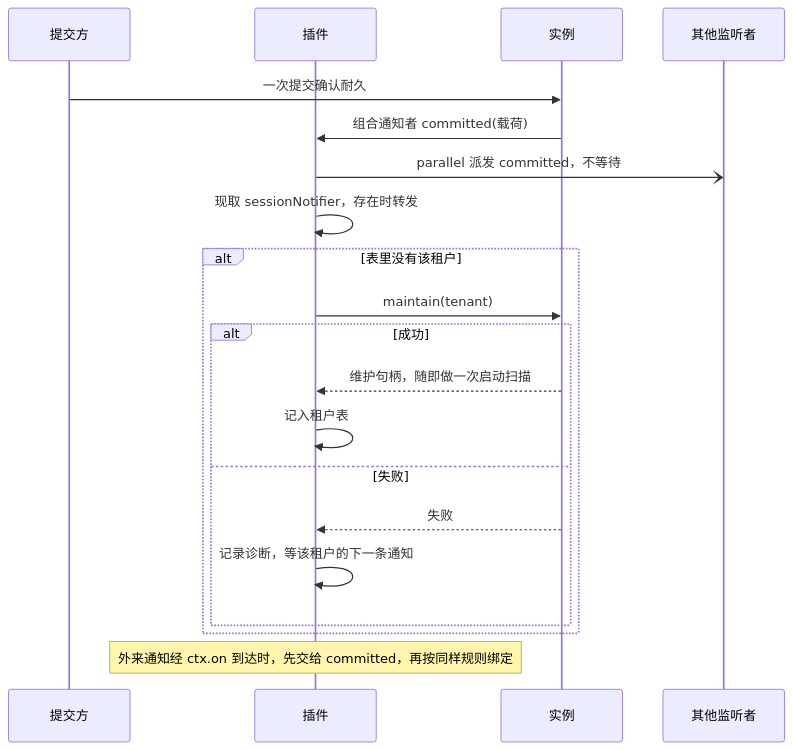
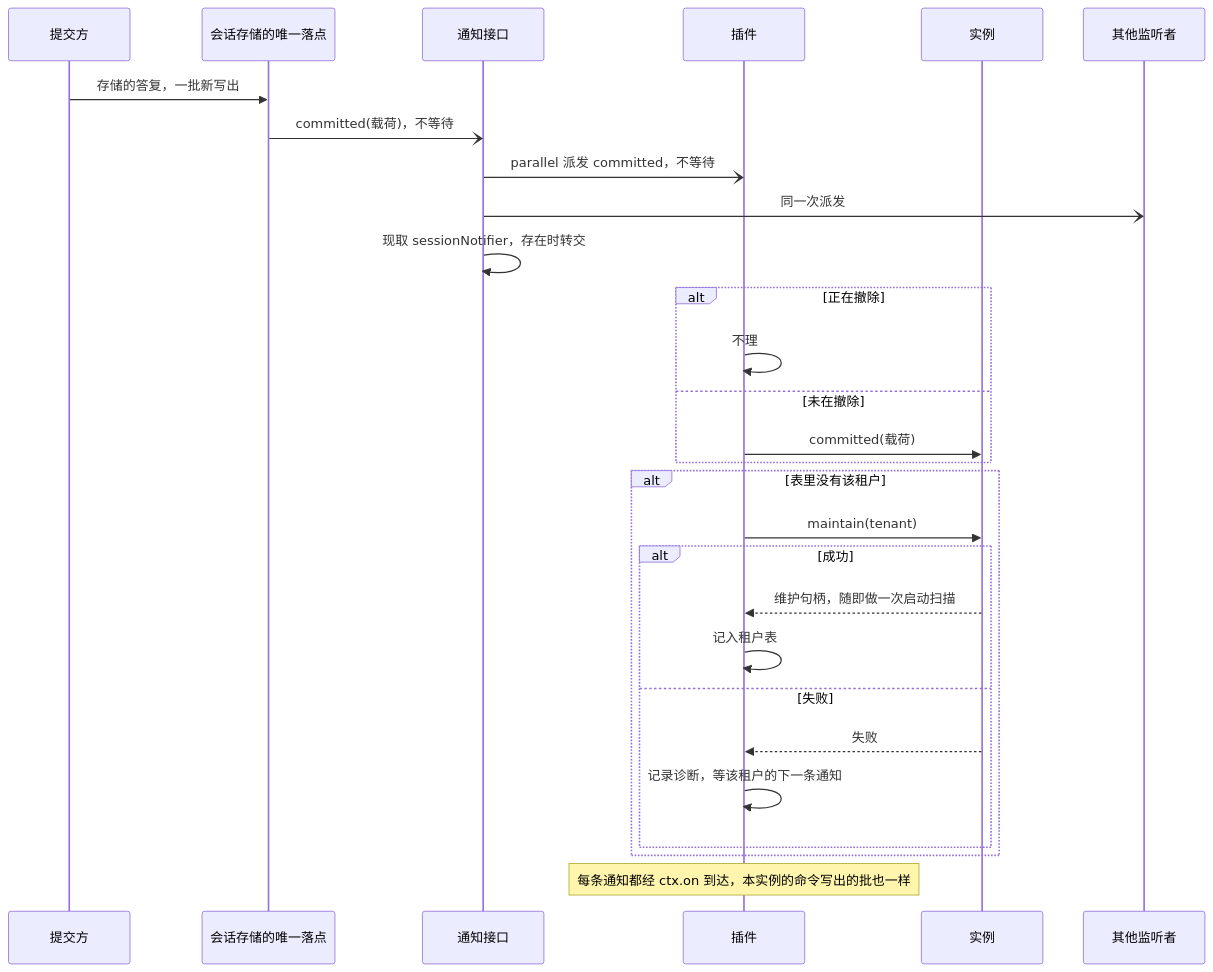
Before and after one commit to nemori-ai/omne-harness-lite: the fourth of 4 diagrams in packages/session/session-cordis/docs/flows.md, drawn with Mermaid. The commit also changed other lines of this file and 36 other files, not shown here.

````diff
--- a/packages/session/session-cordis/docs/flows.md
+++ b/packages/session/session-cordis/docs/flows.md
@@ -129,22 +129,30 @@
 ```mermaid
 sequenceDiagram
   participant X as 提交方
+  participant W as 会话存储的唯一落点
+  participant N as 通知接口
   participant F as 插件
   participant I as 实例
   participant B as 其他监听者
-  X->>I: 一次提交确认耐久
-  I->>F: 组合通知者 committed(载荷)
-  F-)B: parallel 派发 committed，不等待
-  F->>F: 现取 sessionNotifier，存在时转发
+  X->>W: 存储的答复，一批新写出
+  W-)N: committed(载荷)，不等待
+  N-)F: parallel 派发 committed，不等待
+  N-)B: 同一次派发
+  N->>N: 现取 sessionNotifier，存在时转交
+  alt 正在撤除
+    F->>F: 不理
+  else 未在撤除
+    F->>I: committed(载荷)
+  end
   alt 表里没有该租户
     F->>I: maintain(tenant)
     alt 成功
       I-->>F: 维护句柄，随即做一次启动扫描
       F->>F: 记入租户表
     else 失败
       I-->>F: 失败
       F->>F: 记录诊断，等该租户的下一条通知
     end
   end
-  Note over F: 外来通知经 ctx.on 到达时，先交给 committed，再按同样规则绑定
+  Note over F: 每条通知都经 ctx.on 到达，本实例的命令写出的批也一样
 ```
````
